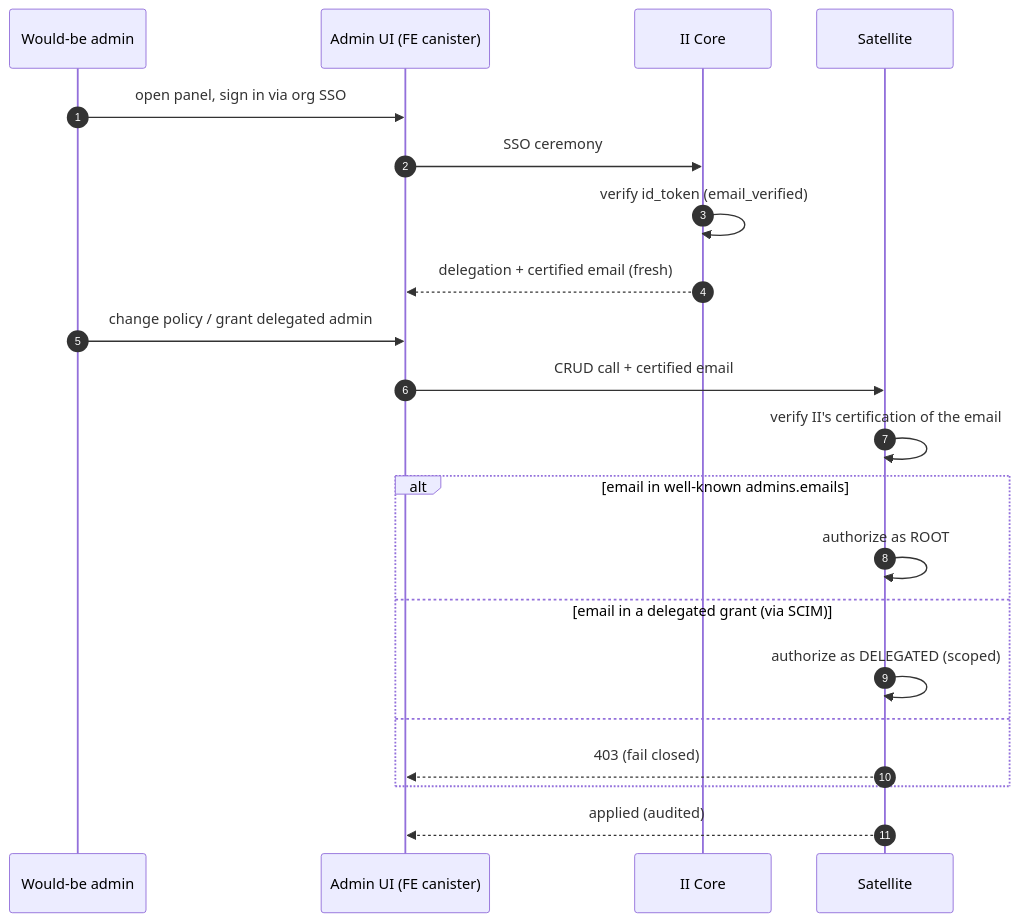
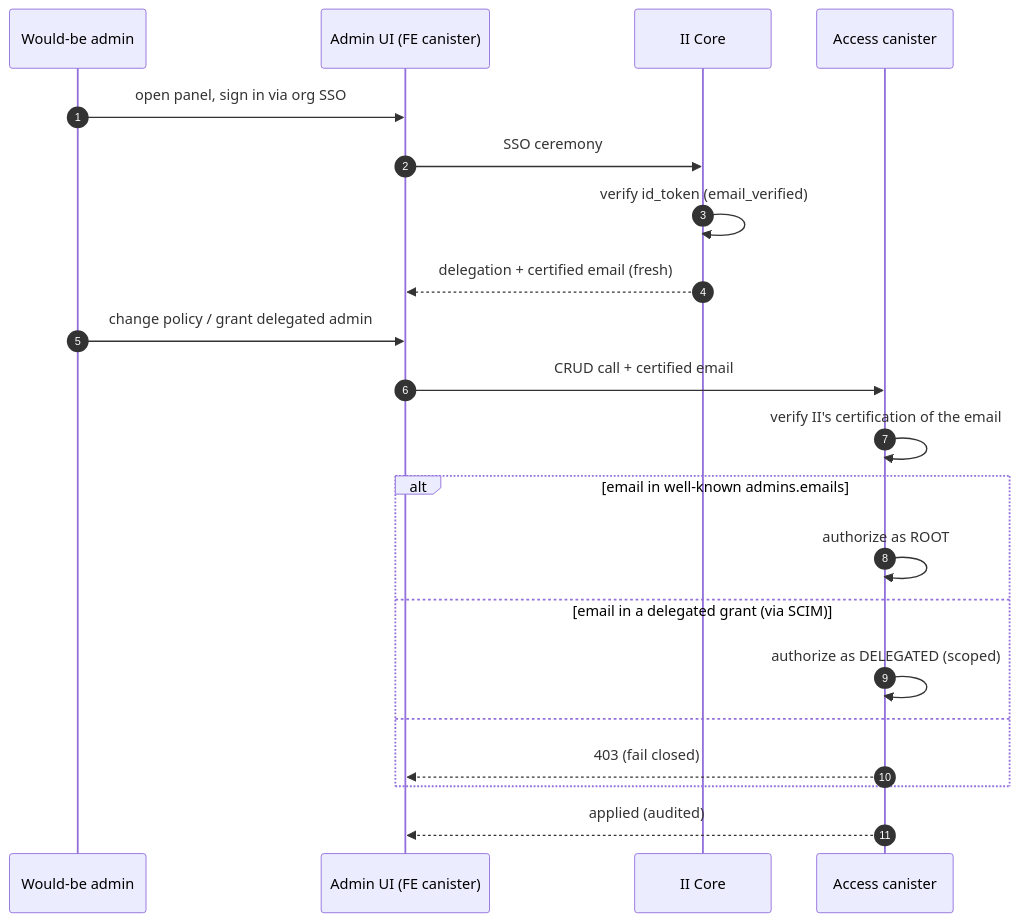
Before and after one commit to dfinity/internet-identity: the fifth of 5 diagrams in docs/ongoing/enterprise-sso-per-app-access-control.md, drawn with Mermaid. The commit also changed other lines of this file, not shown here.

First line of the commit message:
docs: rename 'satellite' to 'Enterprise Access canister' throughout

````diff
--- a/docs/ongoing/enterprise-sso-per-app-access-control.md
+++ b/docs/ongoing/enterprise-sso-per-app-access-control.md
@@ -380,23 +380,23 @@
 ```mermaid
 sequenceDiagram
     autonumber
     participant A as Would-be admin
     participant FE as Admin UI (FE canister)
     participant II as II Core
-    participant Sat as Satellite
+    participant Sat as Access canister
     A->>FE: open panel, sign in via org SSO
     FE->>II: SSO ceremony
     II->>II: verify id_token (email_verified)
     II-->>FE: delegation + certified email (fresh)
     A->>FE: change policy / grant delegated admin
     FE->>Sat: CRUD call + certified email
     Sat->>Sat: verify II's certification of the email
     alt email in well-known admins.emails
         Sat->>Sat: authorize as ROOT
     else email in a delegated grant (via SCIM)
         Sat->>Sat: authorize as DELEGATED (scoped)
     else
         Sat-->>FE: 403 (fail closed)
     end
     Sat-->>FE: applied (audited)
 ```
````
